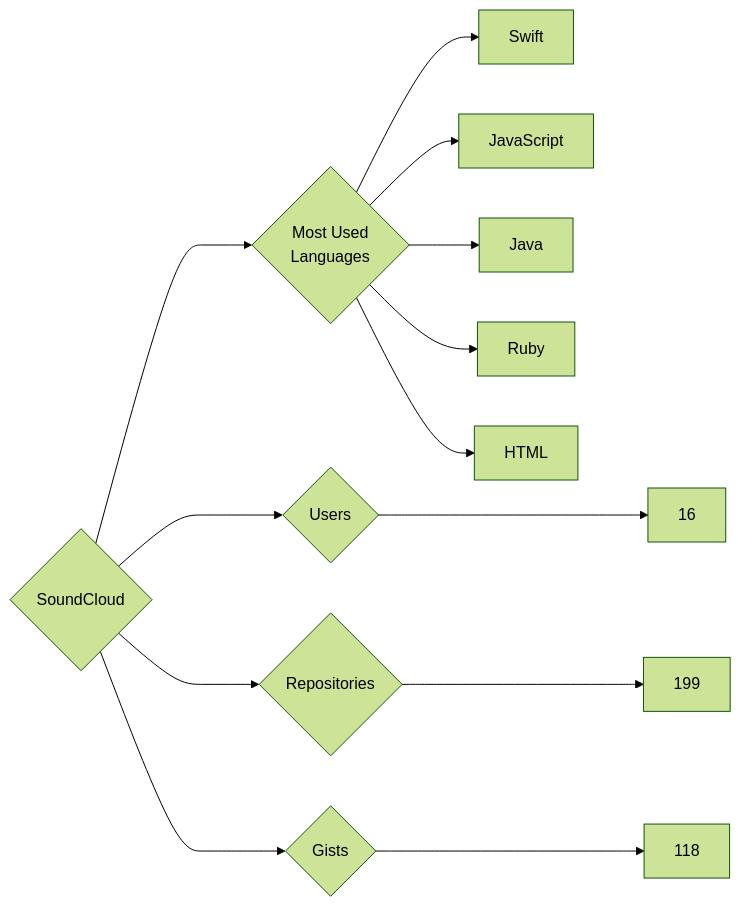
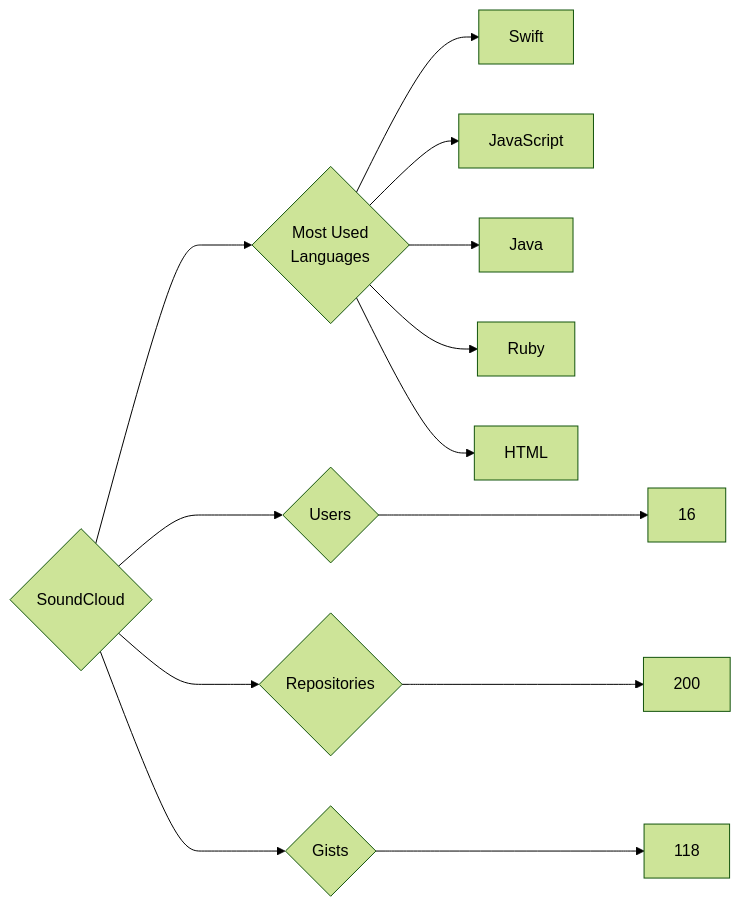
One commit to trickest/insiders changed the diagram in targets/SoundCloud/README.md. Above: the diagram before and after it, drawn with Mermaid (forest theme). The commit also changed 728 other files, not shown here.

````diff
--- a/targets/SoundCloud/README.md
+++ b/targets/SoundCloud/README.md
@@ -3,13 +3,13 @@
 ```mermaid
 graph LR
 COMPANY_NAME{SoundCloud}
 COMPANY_NAME ---> U{Users} ---> UN[16]
-COMPANY_NAME ---> R{Repositories} ---> RN[199]
+COMPANY_NAME ---> R{Repositories} ---> RN[200]
 COMPANY_NAME ---> G{Gists} ---> GN[118]
 COMPANY_NAME ---> ML{Most Used<br>Languages}
 ML --> Swift[Swift]
 ML --> JavaScript[JavaScript]
 ML --> Java[Java]
 ML --> Ruby[Ruby]
 ML --> HTML[HTML]
 ```
````
